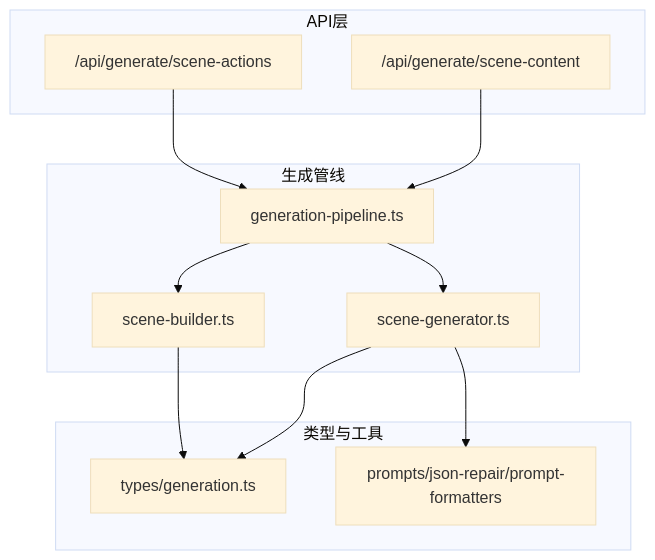
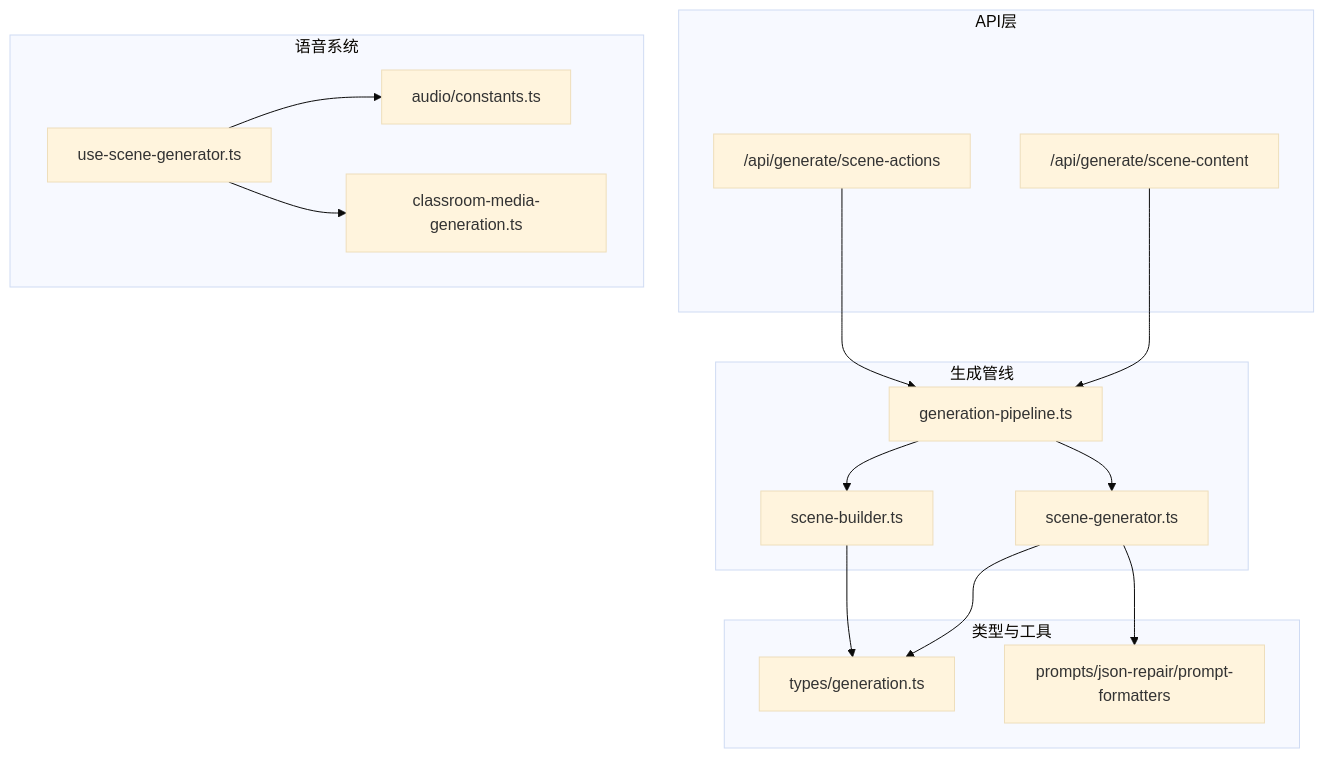
The third of 4 diagrams in .qoder/repowiki/zh/content/核心功能/课程生成系统/场景生成器/场景生成器.md (huangboheng/OpenMAIC), drawn with Mermaid (base theme) before and after one commit. The commit also changed other lines of this file and 9 other files, not shown here.

````diff
--- a/.qoder/repowiki/zh/content/核心功能/课程生成系统/场景生成器/场景生成器.md
+++ b/.qoder/repowiki/zh/content/核心功能/课程生成系统/场景生成器/场景生成器.md
@@ -268,23 +319,30 @@
 ```mermaid
 graph TB
 subgraph "API层"
 ContentAPI["/api/generate/scene-content"]
 ActionsAPI["/api/generate/scene-actions"]
 end
 subgraph "生成管线"
 Pipeline["generation-pipeline.ts"]
 Generator["scene-generator.ts"]
 Builder["scene-builder.ts"]
+end
+subgraph "语音系统"
+VoiceSystem["use-scene-generator.ts"]
+Constants["audio/constants.ts"]
+ServerGen["classroom-media-generation.ts"]
 end
 subgraph "类型与工具"
 Types["types/generation.ts"]
 Utils["prompts/json-repair/prompt-formatters"]
 end
 ContentAPI --> Pipeline
 ActionsAPI --> Pipeline
 Pipeline --> Generator
 Pipeline --> Builder
 Generator --> Types
 Generator --> Utils
 Builder --> Types
+VoiceSystem --> Constants
+VoiceSystem --> ServerGen
 ```
````
